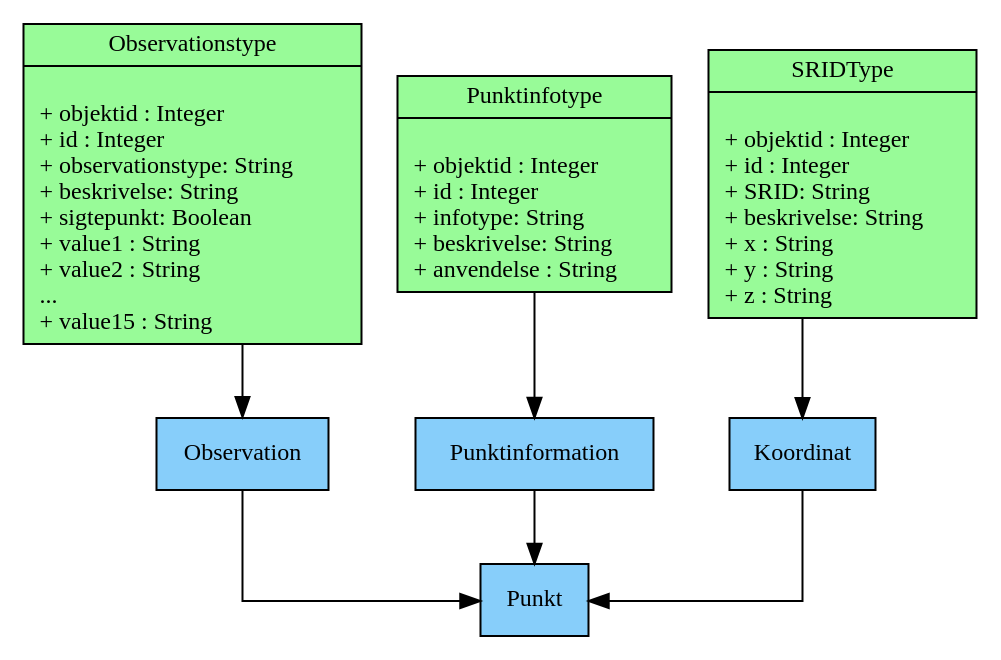
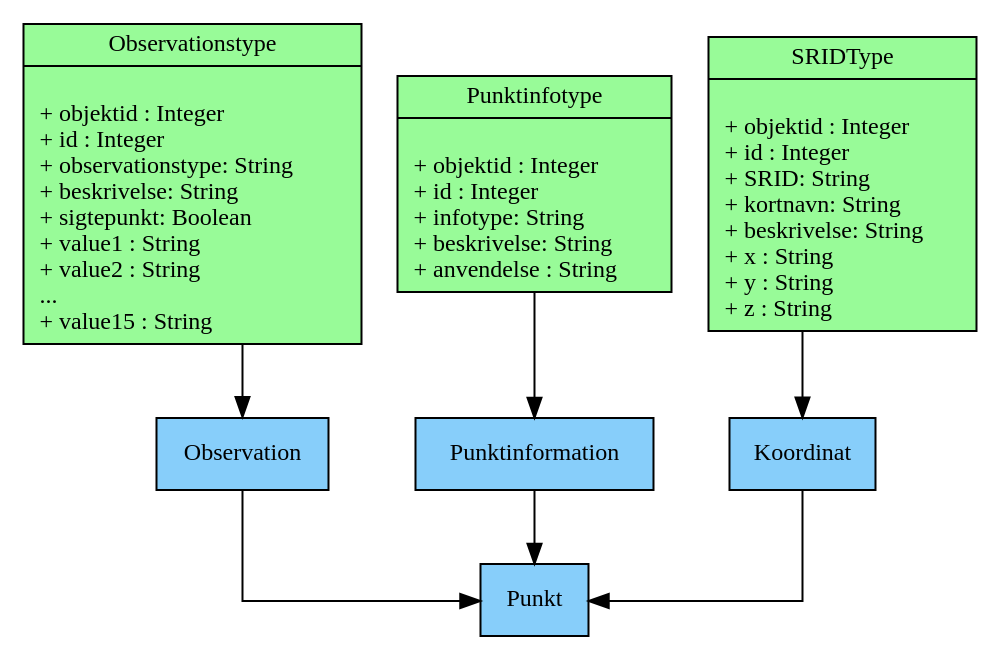
The third of 6 diagrams in docs/datamodel.rst (SDFIdk/FIRE), drawn with Graphviz before and after one commit. The commit also changed other lines of this file, not shown here.

Commit message:
Ret datamodel diagram i sphinx-dokumentation

```diff
--- a/docs/datamodel.rst
+++ b/docs/datamodel.rst
@@ -188,79 +188,80 @@
 .. graphviz::
     :name: Typer
     :caption: Typer
     :align: center
 
         digraph "Typer" {
             node [shape=record, fontname="Verdana", fontsize="12"];
             graph [splines=ortho];
 
             Observationstype [
                 fillcolor = palegreen
                 style = filled
                 label = "{Observationstype|\l
                         + objektid : Integer\l
                         + id : Integer\l
                         + observationstype: String\l
                         + beskrivelse: String\l
                         + sigtepunkt: Boolean\l
                         + value1 : String\l
                         + value2 : String\l
                         ...\l
                         + value15 : String\l
                 }"
             ]
 
             SRIDType [
                 fillcolor = palegreen
                 style = filled
                 label = "{SRIDType|\l
                         + objektid : Integer\l
                         + id : Integer\l
                         + SRID: String\l
+                        + kortnavn: String\l
                         + beskrivelse: String\l
                         + x : String\l
                         + y : String\l
                         + z : String\l
                 }"
             ]
 
             Punktinfotype [
                 fillcolor = palegreen
                 style = filled
                 label = "{Punktinfotype|\l
                         + objektid : Integer\l
                         + id : Integer\l
                         + infotype: String\l
                         + beskrivelse: String\l
                         + anvendelse : String\l
                 }"
             ]
 
             Punktinformation [
                 fillcolor = lightskyblue
                 style = filled
             ]
 
             Koordinat [
                 fillcolor = lightskyblue
                 style = filled
             ]
 
             Observation [
                 fillcolor = lightskyblue
                 style = filled
             ]
 
             Punkt [
                 fillcolor = lightskyblue
                 style = filled
             ]
 
                 Punktinfotype -> Punktinformation;
                 SRIDType -> Koordinat;
                 Observationstype -> Observation;
 
                 Punktinformation -> Punkt;
                 Koordinat -> Punkt;
                 Observation -> Punkt;
         }
```
